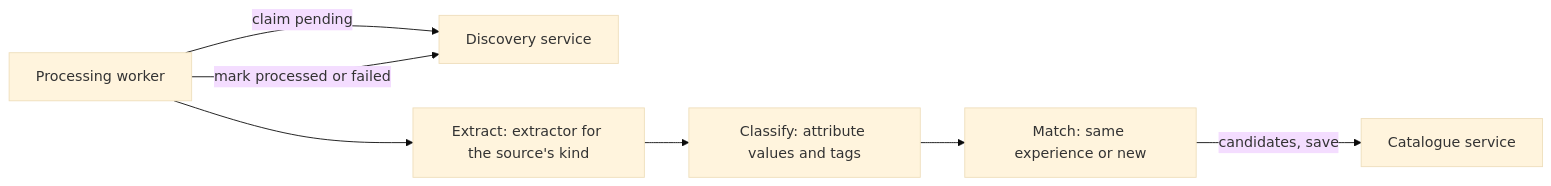
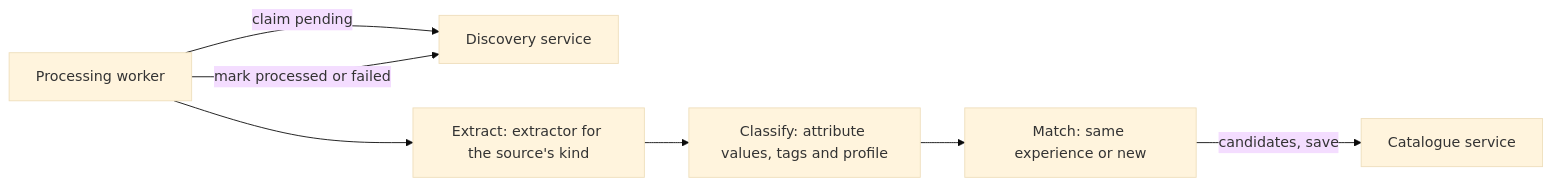
One commit to mdwt/magic-events changed the first of 2 diagrams in docs/data-processing.md. Above: the diagram before and after it, drawn with Mermaid (base theme). The commit also changed other lines of this file and 2 other files, not shown here.

````diff
--- a/docs/data-processing.md
+++ b/docs/data-processing.md
@@ -11,9 +11,9 @@
 ```mermaid
 flowchart LR
   W[Processing worker] -- claim pending --> DIS[Discovery service]
   W --> E[Extract: extractor for the source's kind]
-  E --> C[Classify: attribute values and tags]
+  E --> C[Classify: attribute values, tags and profile]
   C --> M[Match: same experience or new]
   M -- candidates, save --> CAT[Catalogue service]
   W -- mark processed or failed --> DIS
 ```
````
